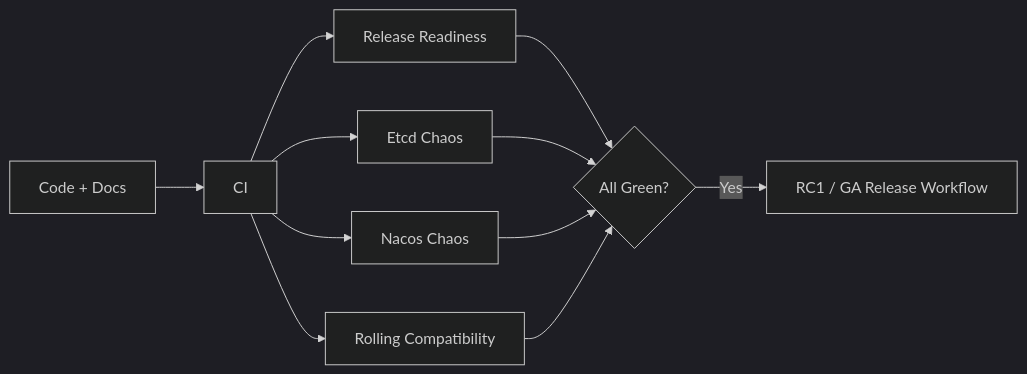
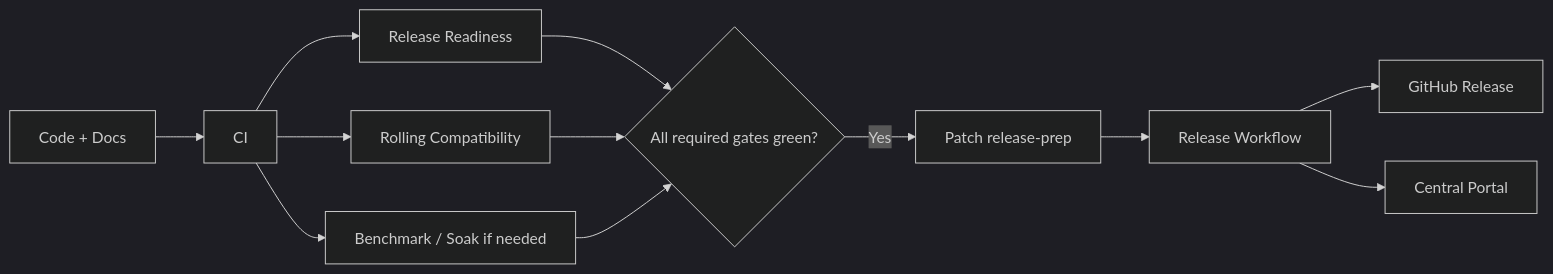
The diagram in docs/release-readiness.md (Ryan-Guizhou/peach-rpc), drawn with Mermaid (dark theme) before and after one commit. The commit also changed other lines of this file, not shown here.

Commit message:
docs: add Maven Central patch readiness checklist

````diff
--- a/docs/release-readiness.md
+++ b/docs/release-readiness.md
@@ -22,13 +27,14 @@
 ```mermaid
 flowchart LR
     Code[Code + Docs] --> CI[CI]
     CI --> RR[Release Readiness]
-    CI --> Etcd[Etcd Chaos]
-    CI --> Nacos[Nacos Chaos]
     CI --> Compat[Rolling Compatibility]
-    RR --> Ready{All Green?}
-    Etcd --> Ready
-    Nacos --> Ready
+    CI --> Perf[Benchmark / Soak if needed]
+    RR --> Ready{All required gates green?}
     Compat --> Ready
-    Ready -->|Yes| RC[RC1 / GA Release Workflow]
+    Perf --> Ready
+    Ready -->|Yes| Prep[Patch release-prep]
+    Prep --> Release[Release Workflow]
+    Release --> GitHub[GitHub Release]
+    Release --> Central[Central Portal]
 ```
````
